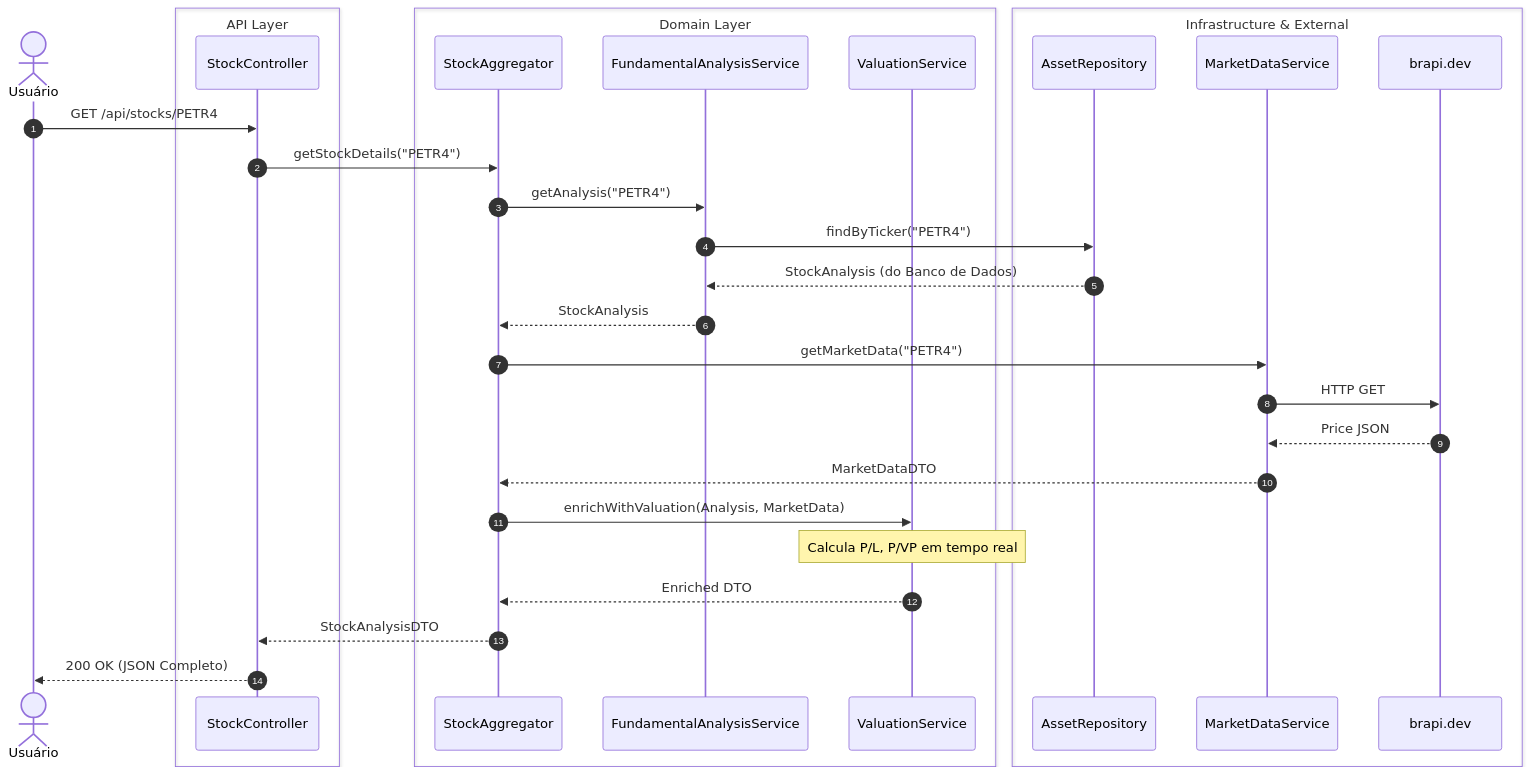
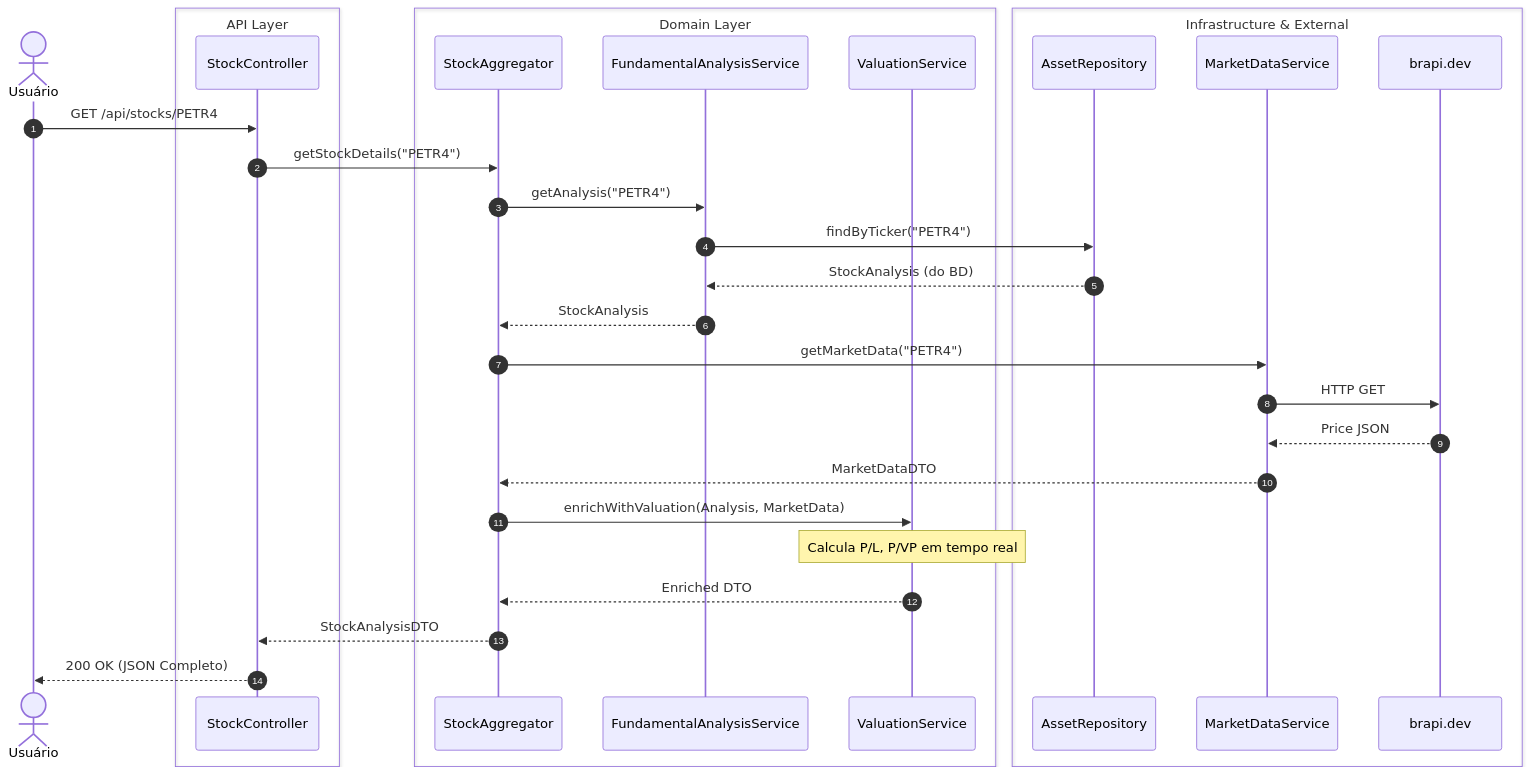
One commit to RaphaelFeijoSalles/acoes-ja-showcase changed the first of 2 diagrams in README.md. Above: the diagram before and after it, drawn with Mermaid. The commit also changed other lines of this file and 1 other file, not shown here.

````diff
--- a/README.md
+++ b/README.md
@@ -70,41 +98,34 @@
 ```mermaid
 sequenceDiagram
     autonumber
     actor User as Usuário
-    
     box API Layer
         participant Controller as StockController
     end
-    
     box Domain Layer
         participant Aggregator as StockAggregator
         participant FundAnalysis as FundamentalAnalysisService
         participant ValService as ValuationService
     end
-    
     box Infrastructure & External
         participant Repo as AssetRepository
         participant Market as MarketDataService
         participant Brapi as brapi.dev
     end
 
     User->>Controller: GET /api/stocks/PETR4
     Controller->>Aggregator: getStockDetails("PETR4")
-    
     Aggregator->>FundAnalysis: getAnalysis("PETR4")
     FundAnalysis->>Repo: findByTicker("PETR4")
-    Repo-->>FundAnalysis: StockAnalysis (do Banco de Dados)
+    Repo-->>FundAnalysis: StockAnalysis (do BD)
     FundAnalysis-->>Aggregator: StockAnalysis
-    
     Aggregator->>Market: getMarketData("PETR4")
     Market->>Brapi: HTTP GET
     Brapi-->>Market: Price JSON
     Market-->>Aggregator: MarketDataDTO
-    
     Aggregator->>ValService: enrichWithValuation(Analysis, MarketData)
     Note over ValService: Calcula P/L, P/VP em tempo real
     ValService-->>Aggregator: Enriched DTO
-    
     Aggregator-->>Controller: StockAnalysisDTO
     Controller-->>User: 200 OK (JSON Completo)
 ```
````
